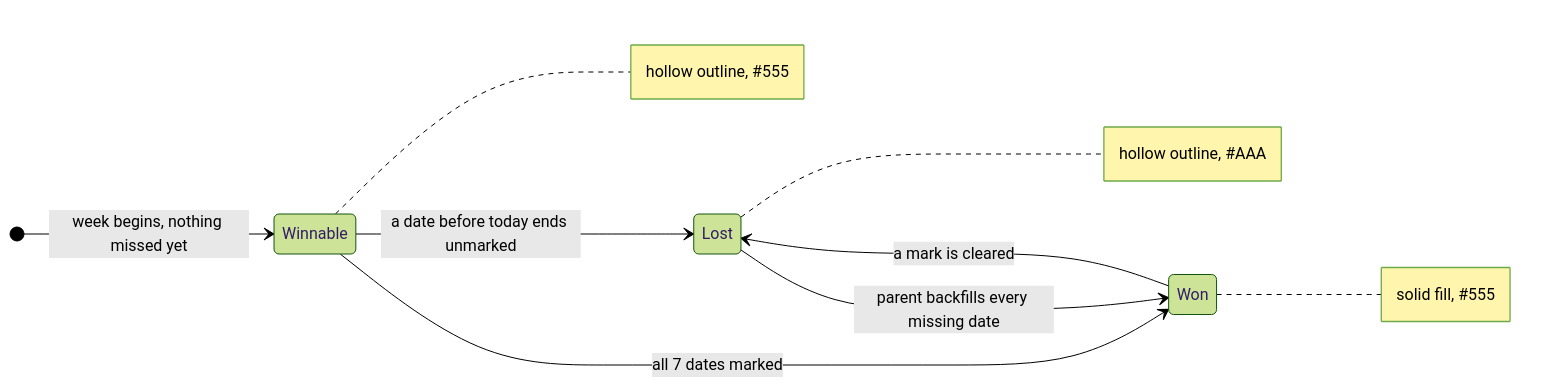
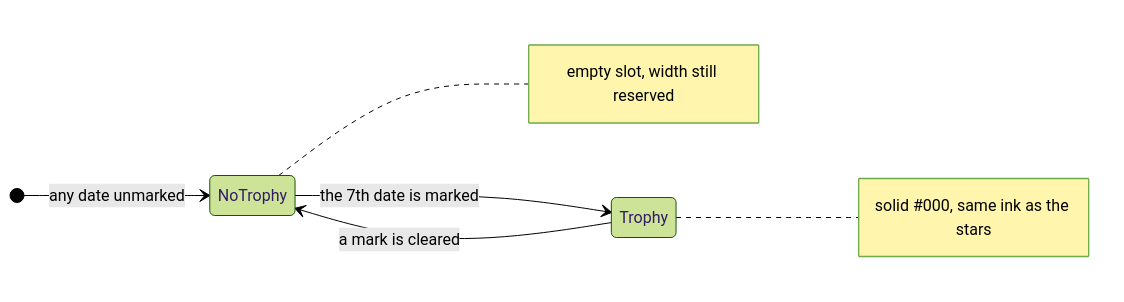
One commit to cainux/chore-score changed the second of 3 diagrams in openspec/changes/add-chore-chart/design.md. Above: the diagram before and after it, drawn with Mermaid (forest theme). The commit also changed other lines of this file and 11 other files, not shown here.

````diff
--- a/openspec/changes/add-chore-chart/design.md
+++ b/openspec/changes/add-chore-chart/design.md
@@ -369,19 +378,14 @@
 ```mermaid
 stateDiagram-v2
     direction LR
-    [*] --> Winnable: week begins, nothing missed yet
-    Winnable --> Lost: a date before today ends unmarked
-    Winnable --> Won: all 7 dates marked
-    Lost --> Won: parent backfills every missing date
-    Won --> Lost: a mark is cleared
+    [*] --> NoTrophy: any date unmarked
+    NoTrophy --> Trophy: the 7th date is marked
+    Trophy --> NoTrophy: a mark is cleared
 
-    note right of Won
-      solid fill, #555
+    note right of Trophy
+      solid #000, same ink as the stars
     end note
-    note right of Winnable
-      hollow outline, #555
-    end note
-    note right of Lost
-      hollow outline, #AAA
+    note right of NoTrophy
+      empty slot, width still reserved
     end note
 ```
````
